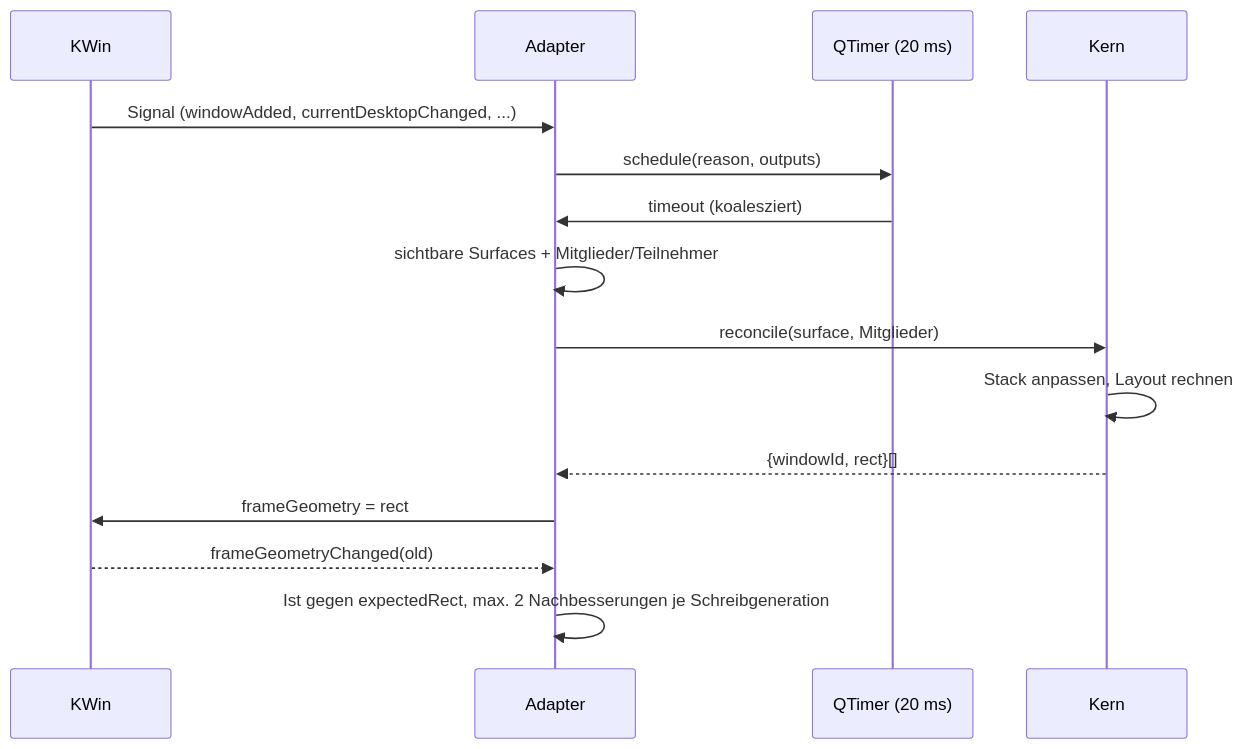
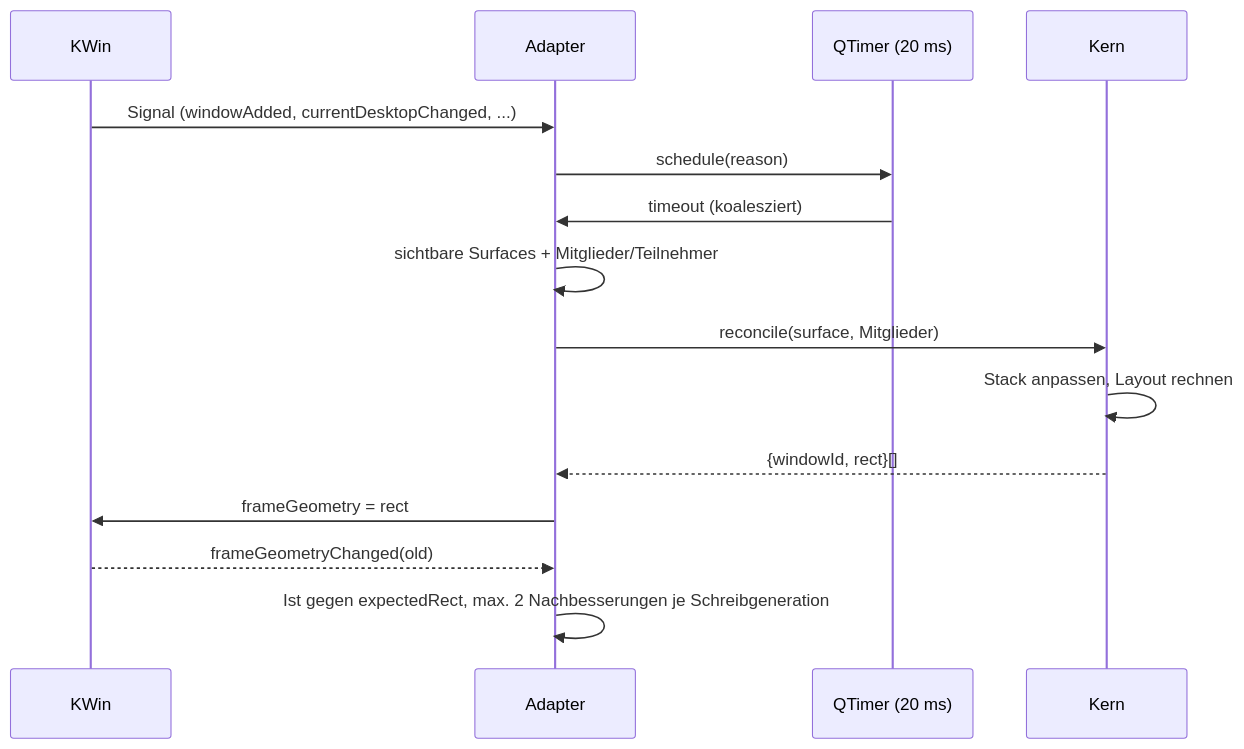
Before and after one commit to muhackel/kwin-xmonad-lite: the second of 2 diagrams in PLAN.md, drawn with Mermaid. The commit also changed other lines of this file and 4 other files, not shown here.

````diff
--- a/PLAN.md
+++ b/PLAN.md
@@ -115,17 +115,17 @@
 ```mermaid
 sequenceDiagram
     participant K as KWin
     participant A as Adapter
     participant T as QTimer (20 ms)
     participant C as Kern
     K->>A: Signal (windowAdded, currentDesktopChanged, ...)
-    A->>T: schedule(reason, outputs)
+    A->>T: schedule(reason)
     T->>A: timeout (koalesziert)
     A->>A: sichtbare Surfaces + Mitglieder/Teilnehmer
     A->>C: reconcile(surface, Mitglieder)
     C->>C: Stack anpassen, Layout rechnen
     C-->>A: {windowId, rect}[]
     A->>K: frameGeometry = rect
     K-->>A: frameGeometryChanged(old)
     A->>A: Ist gegen expectedRect, max. 2 Nachbesserungen je Schreibgeneration
 ```
````
